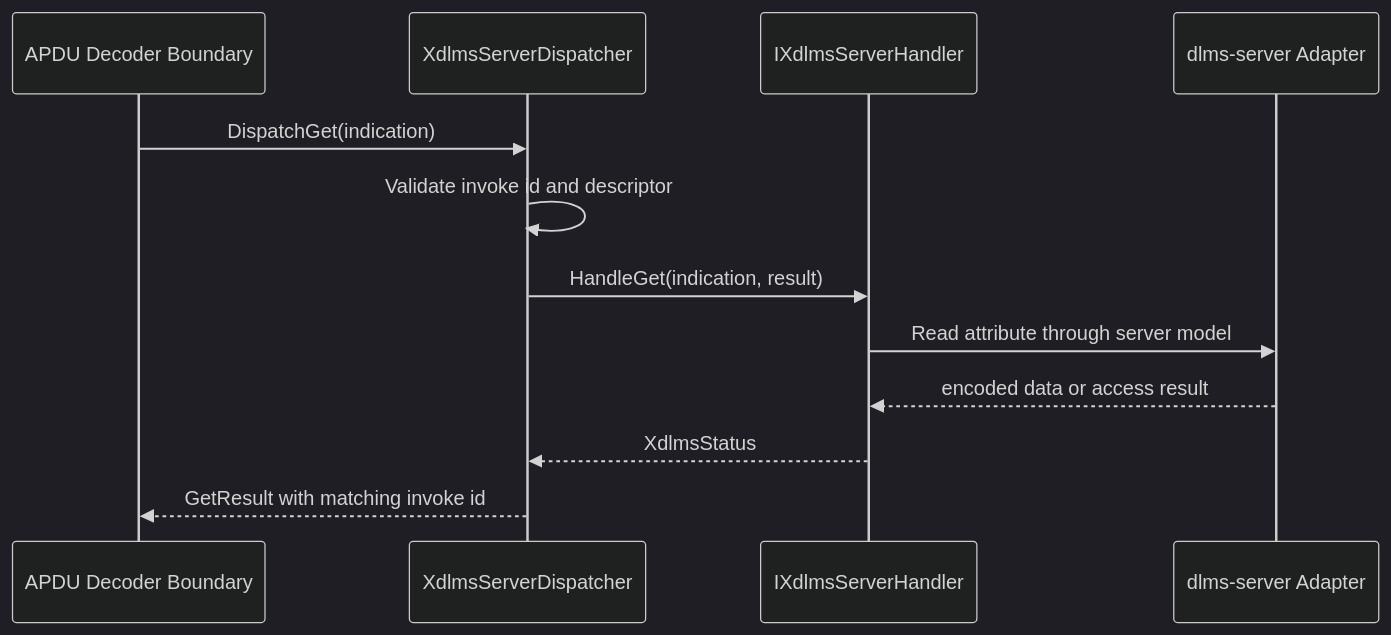
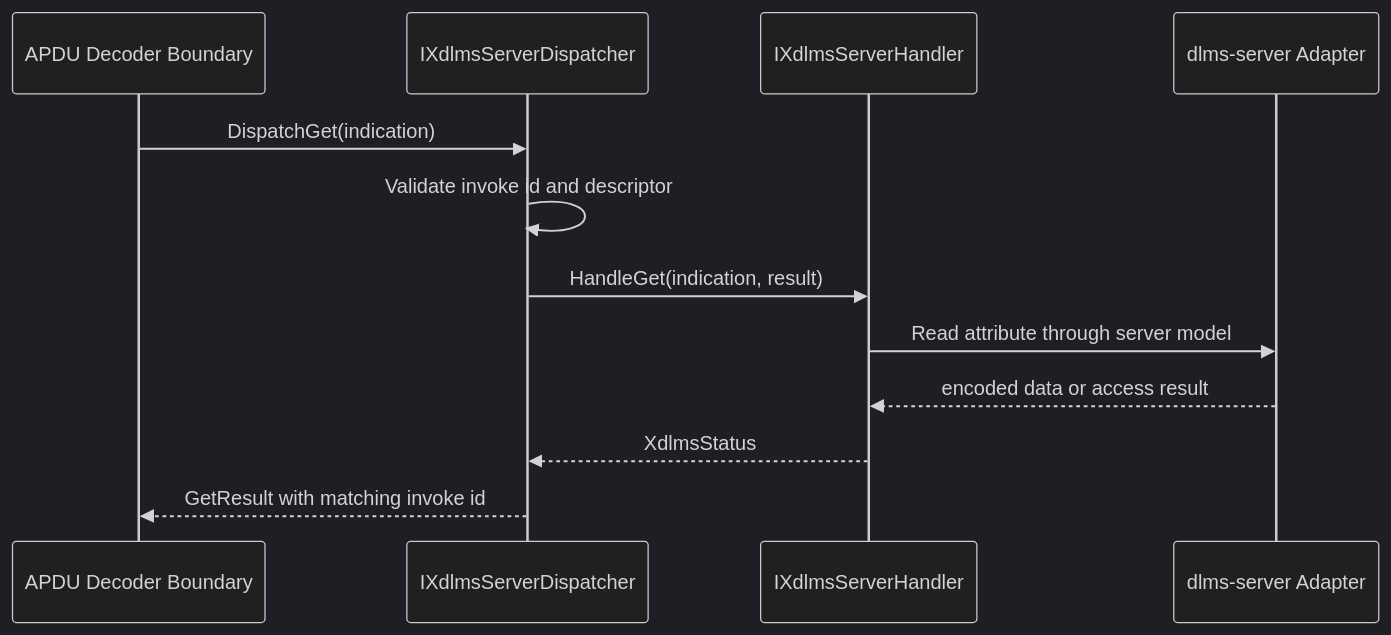
One commit to gvtret/dlms changed the fourth of 14 diagrams in lib/dlms-xdlms/docs/architecture.md. Above: the diagram before and after it, drawn with Mermaid (dark theme). The commit also changed other lines of this file and 4 other files, not shown here.

First line of the commit message:
refactor: add xdlms server dispatcher port

````diff
--- a/lib/dlms-xdlms/docs/architecture.md
+++ b/lib/dlms-xdlms/docs/architecture.md
@@ -94,15 +99,15 @@
 ```mermaid
 sequenceDiagram
   participant Apdu as APDU Decoder Boundary
-  participant Dispatcher as XdlmsServerDispatcher
+  participant Dispatcher as IXdlmsServerDispatcher
   participant Handler as IXdlmsServerHandler
   participant Server as dlms-server Adapter
 
   Apdu->>Dispatcher: DispatchGet(indication)
   Dispatcher->>Dispatcher: Validate invoke id and descriptor
   Dispatcher->>Handler: HandleGet(indication, result)
   Handler->>Server: Read attribute through server model
   Server-->>Handler: encoded data or access result
   Handler-->>Dispatcher: XdlmsStatus
   Dispatcher-->>Apdu: GetResult with matching invoke id
 ```
````
